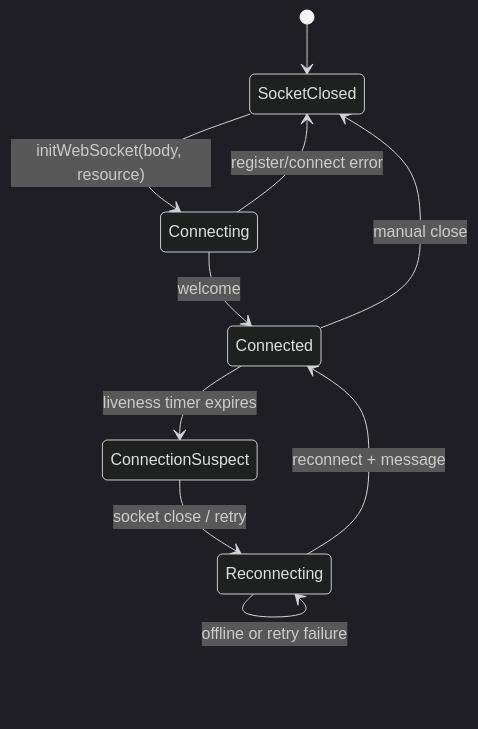
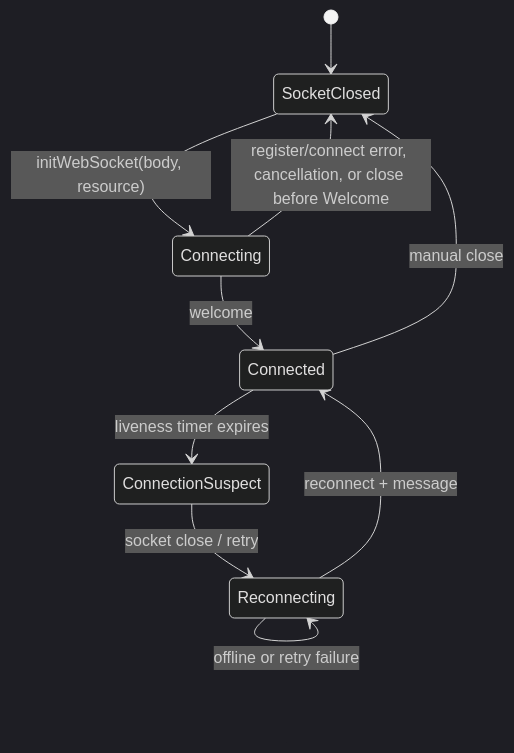
One commit to webex/webex-js-sdk changed the eighth of 9 diagrams in packages/@webex/contact-center/src/services/core/ai-docs/core-spec.md. Above: the diagram before and after it, drawn with Mermaid (dark theme). The commit also changed other lines of this file and 19 other files, not shown here.

````diff
--- a/packages/@webex/contact-center/src/services/core/ai-docs/core-spec.md
+++ b/packages/@webex/contact-center/src/services/core/ai-docs/core-spec.md
@@ -457,12 +458,12 @@
 ```mermaid
 stateDiagram-v2
   [*] --> SocketClosed
   SocketClosed --> Connecting: initWebSocket(body, resource)
   Connecting --> Connected: welcome
-  Connecting --> SocketClosed: register/connect error
+  Connecting --> SocketClosed: register/connect error, cancellation, or close before Welcome
   Connected --> ConnectionSuspect: liveness timer expires
   ConnectionSuspect --> Reconnecting: socket close / retry
   Reconnecting --> Connected: reconnect + message
   Reconnecting --> Reconnecting: offline or retry failure
   Connected --> SocketClosed: manual close
 ```
````
